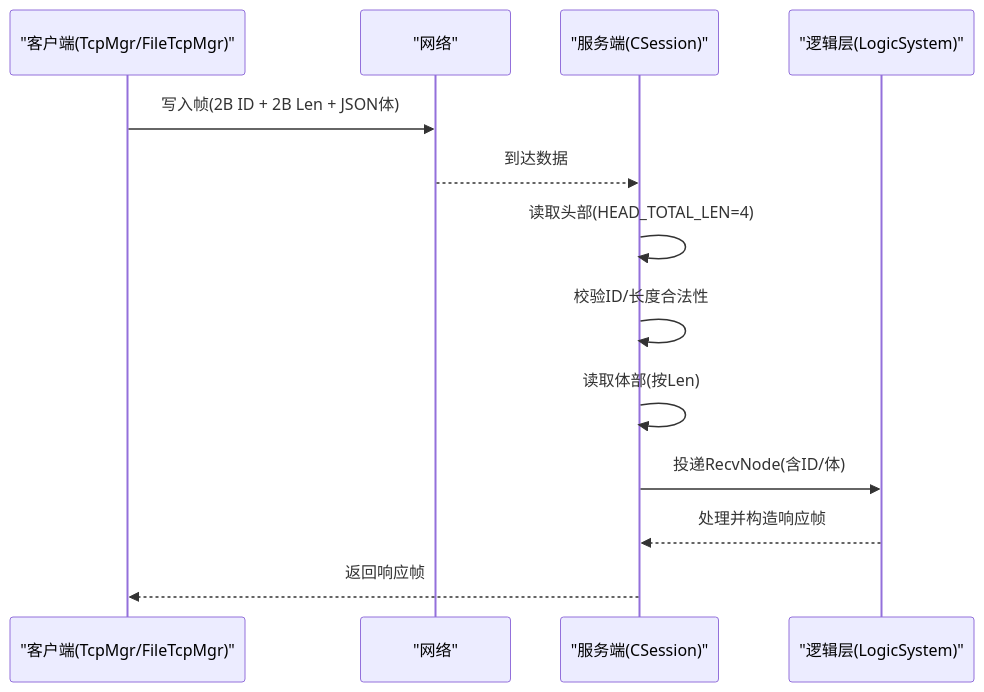
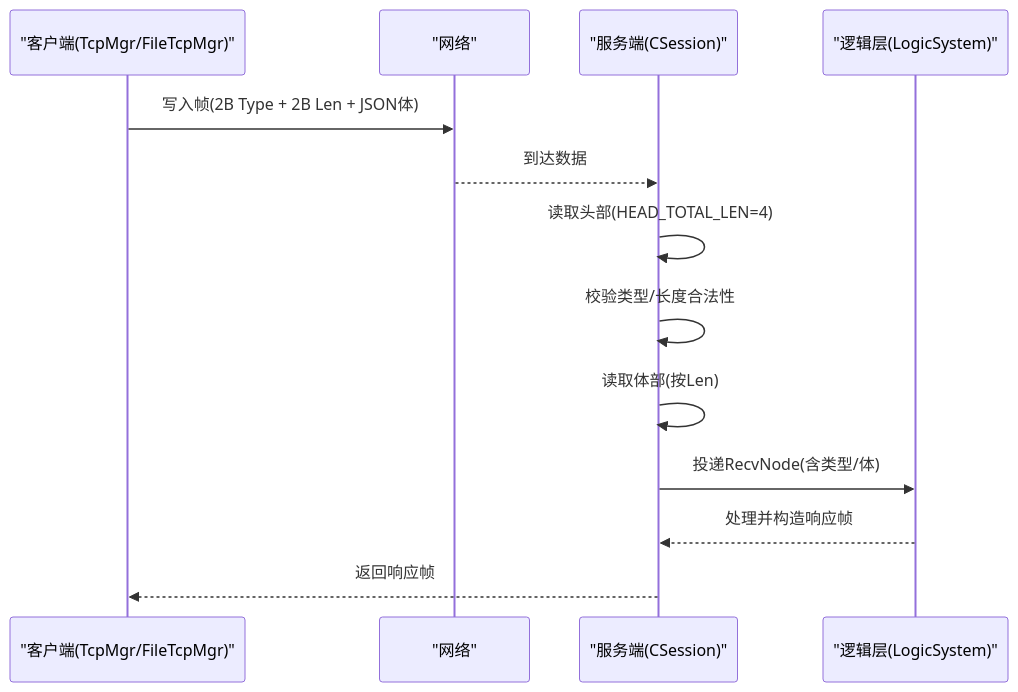
One commit to echo9923/mychatter changed the second of 5 diagrams in .qoder/repowiki/zh/content/网络通信/TCP通信协议/TCP消息协议/TCP消息协议.md. Above: the diagram before and after it, drawn with Mermaid. The commit also changed other lines of this file and 128 other files, not shown here.

````diff
--- a/.qoder/repowiki/zh/content/网络通信/TCP通信协议/TCP消息协议/TCP消息协议.md
+++ b/.qoder/repowiki/zh/content/网络通信/TCP通信协议/TCP消息协议/TCP消息协议.md
@@ -105,15 +105,15 @@
 ```mermaid
 sequenceDiagram
 participant Client as "客户端(TcpMgr/FileTcpMgr)"
 participant Net as "网络"
 participant Server as "服务端(CSession)"
 participant Logic as "逻辑层(LogicSystem)"
-Client->>Net : 写入帧(2B ID + 2B Len + JSON体)
+Client->>Net : 写入帧(2B Type + 2B Len + JSON体)
 Net-->>Server : 到达数据
 Server->>Server : 读取头部(HEAD_TOTAL_LEN=4)
-Server->>Server : 校验ID/长度合法性
+Server->>Server : 校验类型/长度合法性
 Server->>Server : 读取体部(按Len)
-Server->>Logic : 投递RecvNode(含ID/体)
+Server->>Logic : 投递RecvNode(含类型/体)
 Logic-->>Server : 处理并构造响应帧
 Server-->>Client : 返回响应帧
 ```
````
